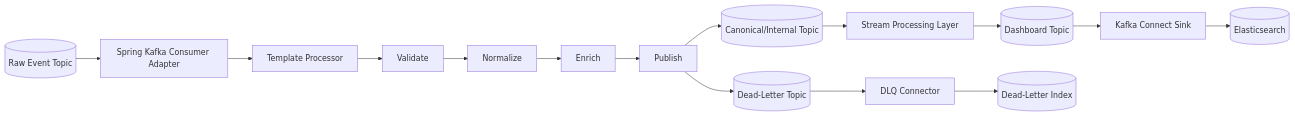
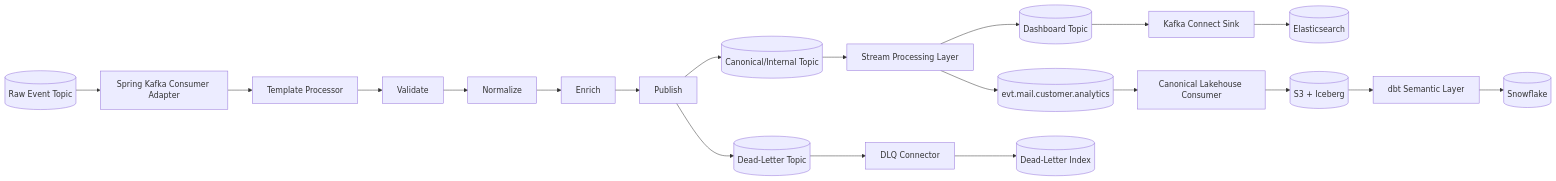
The second of 2 diagrams in docs/architecture/spring-boot-framework-and-patterns.md (paulchen8206/Event-Tracking-Platform), drawn with Mermaid before and after one commit. The commit also changed 36 other files, not shown here.

````diff
--- a/docs/architecture/spring-boot-framework-and-patterns.md
+++ b/docs/architecture/spring-boot-framework-and-patterns.md
@@ -87,21 +87,26 @@
 ```mermaid
 flowchart LR
     RAW[(Raw Event Topic)] --> CONS[Spring Kafka Consumer Adapter]
     CONS --> TMP[Template Processor]
 
     TMP --> V[Validate]
     V --> N[Normalize]
     N --> E[Enrich]
     E --> P[Publish]
 
     P --> CANON[(Canonical/Internal Topic)]
     P --> DLQ[(Dead-Letter Topic)]
 
     CANON --> FLINK[Stream Processing Layer]
     FLINK --> DASH[(Dashboard Topic)]
+    FLINK --> CUST[(evt.mail.customer.analytics)]
     DASH --> KCONN[Kafka Connect Sink]
     KCONN --> ES[(Elasticsearch)]
+    CUST --> SPARK[Canonical Lakehouse Consumer]
+    SPARK --> S3[(S3 + Iceberg)]
+    S3 --> DBT[dbt Semantic Layer]
+    DBT --> SNOW[(Snowflake)]
 
     DLQ --> KDLQ[DLQ Connector]
     KDLQ --> ESDLQ[(Dead-Letter Index)]
 ```
````
